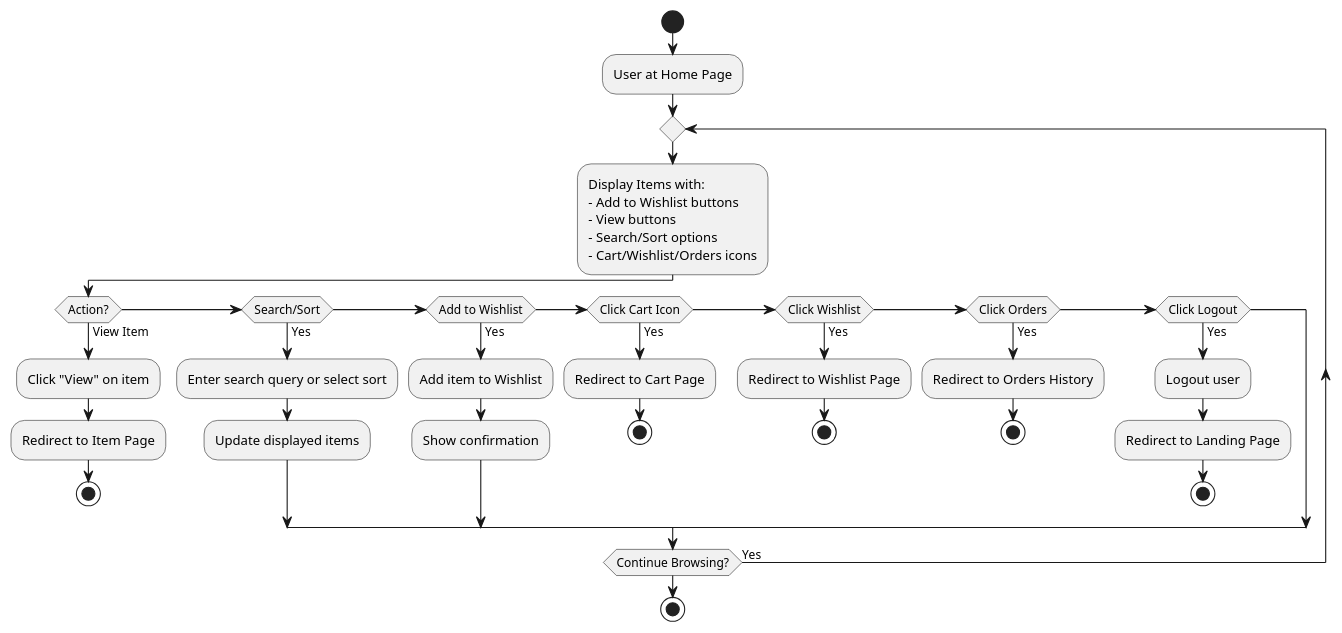
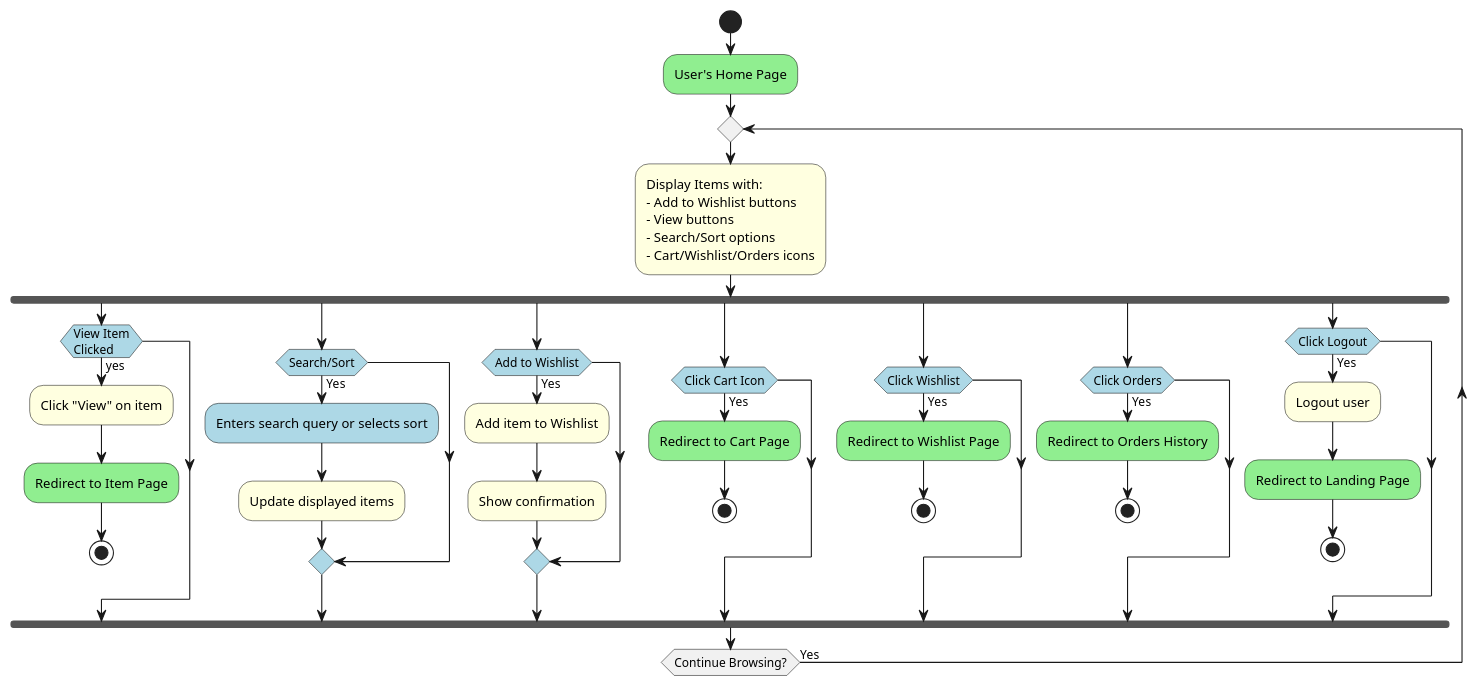
One commit to MuhannadYazbak/ecommerce changed the diagram in src/components/home/HomeDiagram.puml. Above: the diagram before and after it, drawn with PlantUML. The commit also changed 13 other files, not shown here.

Commit message:
Activity PlantUML for all pages

```diff
--- a/src/components/home/HomeDiagram.puml
+++ b/src/components/home/HomeDiagram.puml
@@ -1,34 +1,46 @@
-@startuml
+@startuml HomeDiagram
 start
-:User at Home Page;
+#lightgreen:User's Home Page;
 
 repeat
-    :Display Items with:\n- Add to Wishlist buttons\n- View buttons\n- Search/Sort options\n- Cart/Wishlist/Orders icons;
-
-    if (Action?) then (View Item)
-        :Click "View" on item;
-        :Redirect to Item Page;
-        stop
-    elseif (Search/Sort) then (Yes)
-        :Enter search query or select sort;
-        :Update displayed items;
-    elseif (Add to Wishlist) then (Yes)
-        :Add item to Wishlist;
-        :Show confirmation;
-    elseif (Click Cart Icon) then (Yes)
-        :Redirect to Cart Page;
-        stop
-    elseif (Click Wishlist) then (Yes)
-        :Redirect to Wishlist Page;
-        stop
-    elseif (Click Orders) then (Yes)
-        :Redirect to Orders History;
-        stop
-    elseif (Click Logout) then (Yes)
-        :Logout user;
-        :Redirect to Landing Page;
+    #lightyellow:Display Items with:\n- Add to Wishlist buttons\n- View buttons\n- Search/Sort options\n- Cart/Wishlist/Orders icons;
+    fork
+    #lightblue:if (View Item\nClicked) then (yes)
+        #lightyellow:Click "View" on item;
+        #lightgreen:Redirect to Item Page;
         stop
     endif
+    fork again
+    #lightblue:if (Search/Sort) then (Yes)
+        #lightblue:Enters search query or selects sort;
+        #lightyellow:Update displayed items;
+    endif
+    fork again
+    #lightblue:if (Add to Wishlist) then (Yes)
+        #lightyellow:Add item to Wishlist;
+        #lightyellow:Show confirmation;
+    endif
+    fork again
+    #lightblue:if (Click Cart Icon) then (Yes)
+        #lightgreen:Redirect to Cart Page;
+        stop
+    endif
+    fork again
+    #lightblue:if (Click Wishlist) then (Yes)
+        #lightgreen:Redirect to Wishlist Page;
+        stop
+    endif
+    fork again
+    #lightblue:if (Click Orders) then (Yes)
+        #lightgreen:Redirect to Orders History;
+        stop
+    endif
+    fork again
+    #lightblue:if (Click Logout) then (Yes)
+        #lightyellow:Logout user;
+        #lightgreen:Redirect to Landing Page;
+        stop
+    endif
+    end fork
 repeat while (Continue Browsing?) is (Yes)
-stop
 @enduml
```
